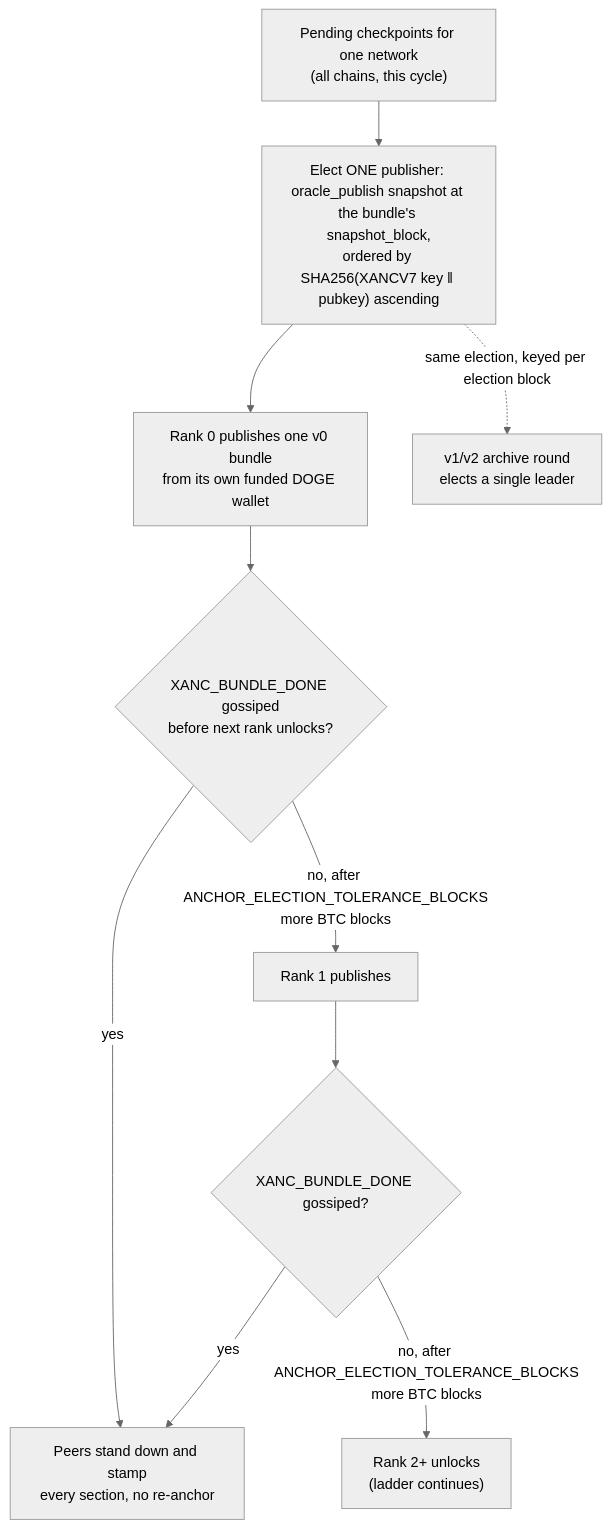
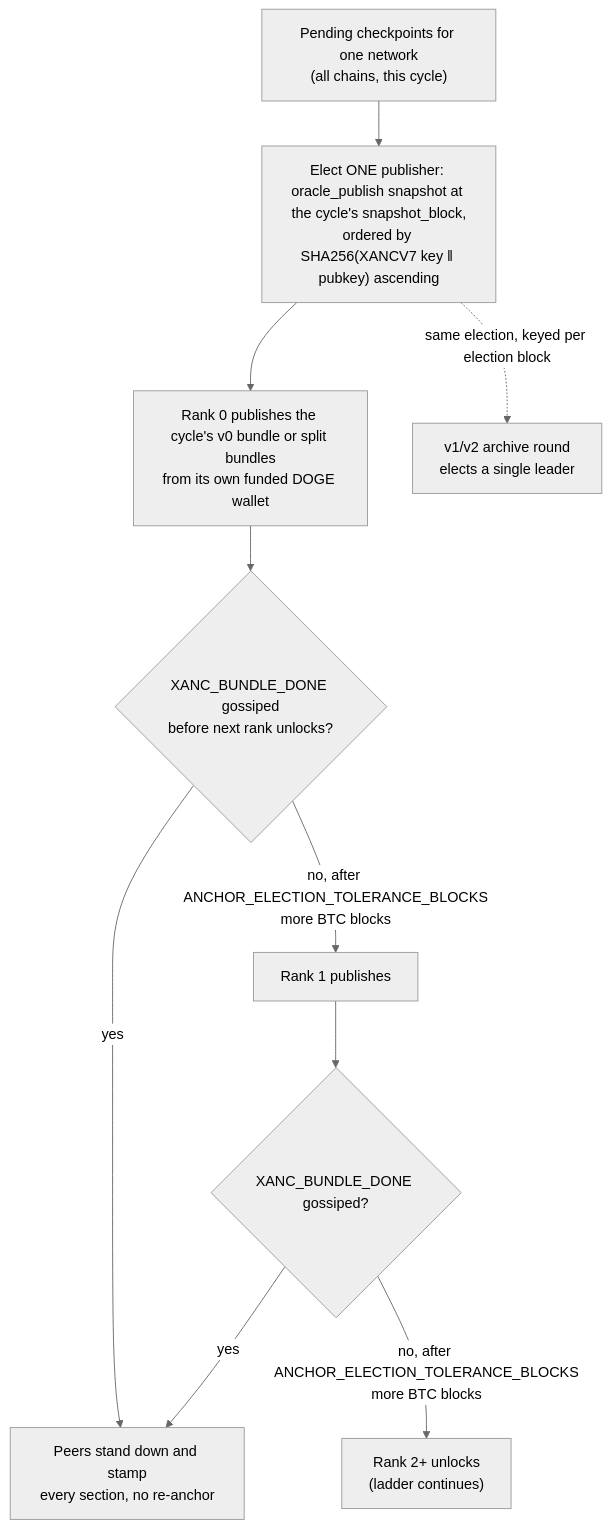
One commit to XChain-Platform/xchain-documentation changed the second of 3 diagrams in protocol/actions/anchor.md. Above: the diagram before and after it, drawn with Mermaid (neutral theme). The commit also changed other lines of this file and 1 other file, not shown here.

First line of the commit message:
Document split anchor cycle rewards

````diff
--- a/protocol/actions/anchor.md
+++ b/protocol/actions/anchor.md
@@ -713,12 +728,12 @@
 ```mermaid
 flowchart TD
-    A["Pending checkpoints for one network<br>(all chains, this cycle)"] --> B["Elect ONE publisher: oracle_publish snapshot at the bundle's snapshot_block,<br>ordered by SHA256(XANCV7 key ‖ pubkey) ascending"]
-    B --> C["Rank 0 publishes one v0 bundle<br>from its own funded DOGE wallet"]
+    A["Pending checkpoints for one network<br>(all chains, this cycle)"] --> B["Elect ONE publisher: oracle_publish snapshot at the cycle's snapshot_block,<br>ordered by SHA256(XANCV7 key ‖ pubkey) ascending"]
+    B --> C["Rank 0 publishes the cycle's v0 bundle or split bundles<br>from its own funded DOGE wallet"]
     B -.->|"same election, keyed per election block"| I["v1/v2 archive round<br>elects a single leader"]
     C --> D{"XANC_BUNDLE_DONE gossiped<br>before next rank unlocks?"}
     D -->|"yes"| E["Peers stand down and stamp<br>every section, no re-anchor"]
     D -->|"no, after ANCHOR_ELECTION_TOLERANCE_BLOCKS<br>more BTC blocks"| F["Rank 1 publishes"]
     F --> G{"XANC_BUNDLE_DONE gossiped?"}
     G -->|"yes"| E
     G -->|"no, after ANCHOR_ELECTION_TOLERANCE_BLOCKS<br>more BTC blocks"| H["Rank 2+ unlocks<br>(ladder continues)"]
 ```
````
